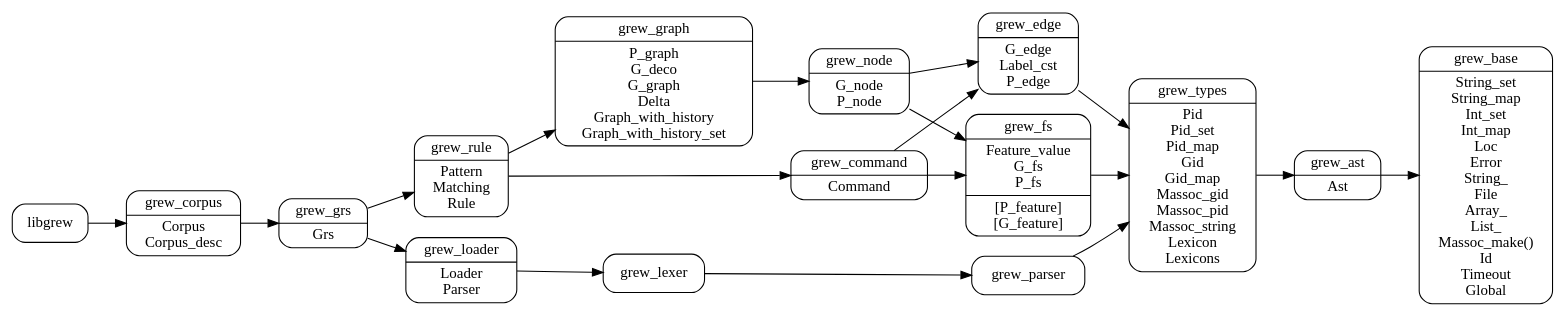
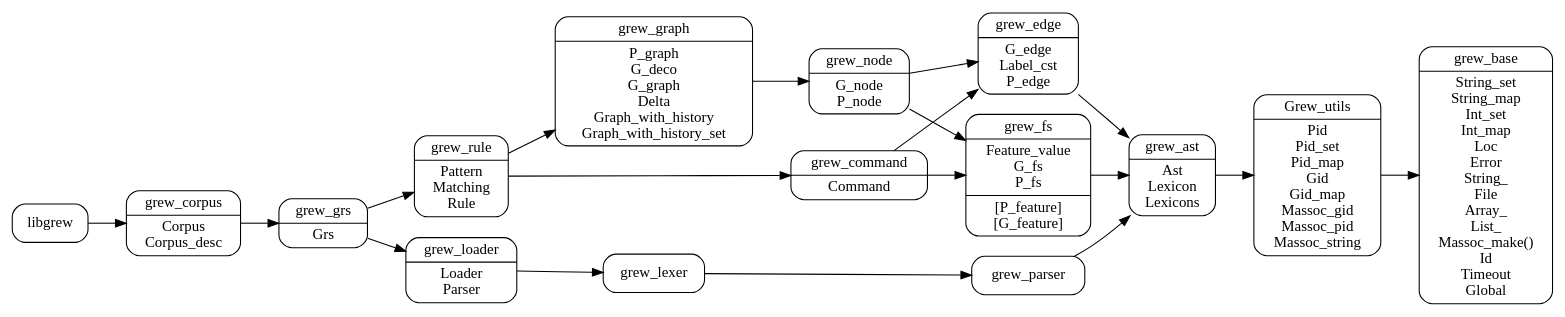
One commit to grew-nlp/grewlib changed the diagram in dev/arch.dot. Above: the diagram before and after it, drawn with Graphviz. The commit also changed 19 other files, not shown here.

Commit message:
renaming grew_types into grew_utils

```diff
--- a/dev/arch.dot
+++ b/dev/arch.dot
@@ -1,32 +1,32 @@
 digraph grew {
   node [shape=Mrecord];
   rankdir = LR;
   grew_base [label="grew_base|String_set\nString_map\nInt_set\nInt_map\nLoc\nError\nString_\nFile\nArray_\nList_\nMassoc_make()\nId\nTimeout\nGlobal"]
-  grew_types [label="grew_types|Pid\nPid_set\nPid_map\nGid\nGid_map\nMassoc_gid\nMassoc_pid\nMassoc_string\nLexicon\nLexicons"]
-  grew_ast [label="grew_ast|Ast"]
+  Grew_utils [label="Grew_utils|Pid\nPid_set\nPid_map\nGid\nGid_map\nMassoc_gid\nMassoc_pid\nMassoc_string"]
+  grew_ast [label="grew_ast|Ast\nLexicon\nLexicons"]
   grew_loader [label="grew_loader|Loader\nParser"]
   grew_fs [label="grew_fs|Feature_value\nG_fs\nP_fs|[P_feature]\n[G_feature]"]
   grew_edge [label="grew_edge|G_edge\nLabel_cst\nP_edge"]
   grew_node [label="grew_node|G_node\nP_node"]
   grew_command [label="grew_command|Command"]
   grew_graph [label="grew_graph|P_graph\nG_deco\nG_graph\nDelta\nGraph_with_history\nGraph_with_history_set"]
   grew_rule [label="grew_rule|Pattern\nMatching\nRule"]
   grew_grs [label="grew_grs|Grs"]
   grew_corpus [label="grew_corpus|Corpus\nCorpus_desc"]
 
-grew_types -> grew_ast -> grew_base
-grew_edge -> grew_types
-grew_fs -> grew_types
+grew_ast -> Grew_utils -> grew_base
+grew_edge -> grew_ast
+grew_fs -> grew_ast
 grew_command -> grew_edge
 grew_command -> grew_fs
 grew_node -> grew_edge
 grew_node -> grew_fs
 grew_graph -> grew_node
 grew_rule -> grew_command
 grew_rule -> grew_graph
 grew_grs -> grew_rule
-grew_grs -> grew_loader -> grew_lexer -> grew_parser -> grew_types
+grew_grs -> grew_loader -> grew_lexer -> grew_parser -> grew_ast
 grew_corpus -> grew_grs
 libgrew -> grew_corpus
 
 }
```
